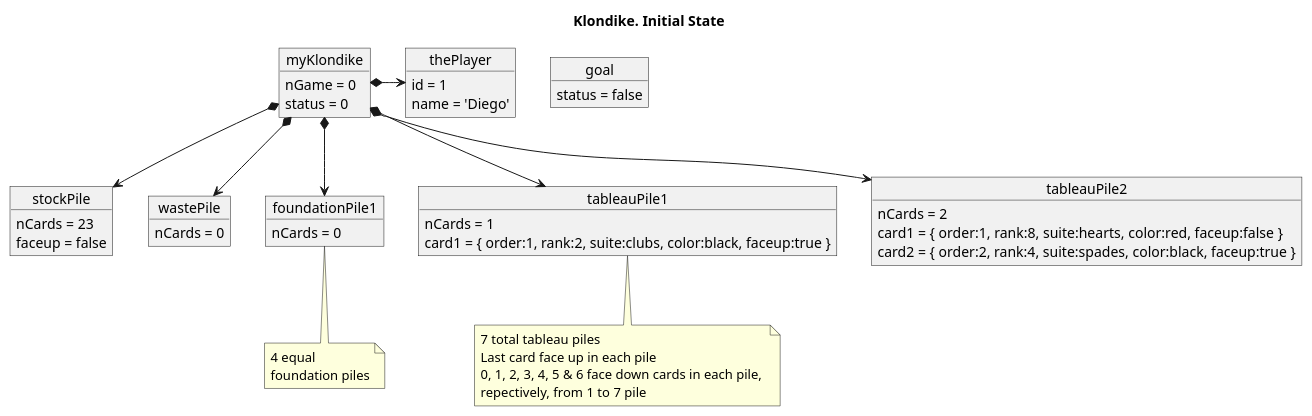
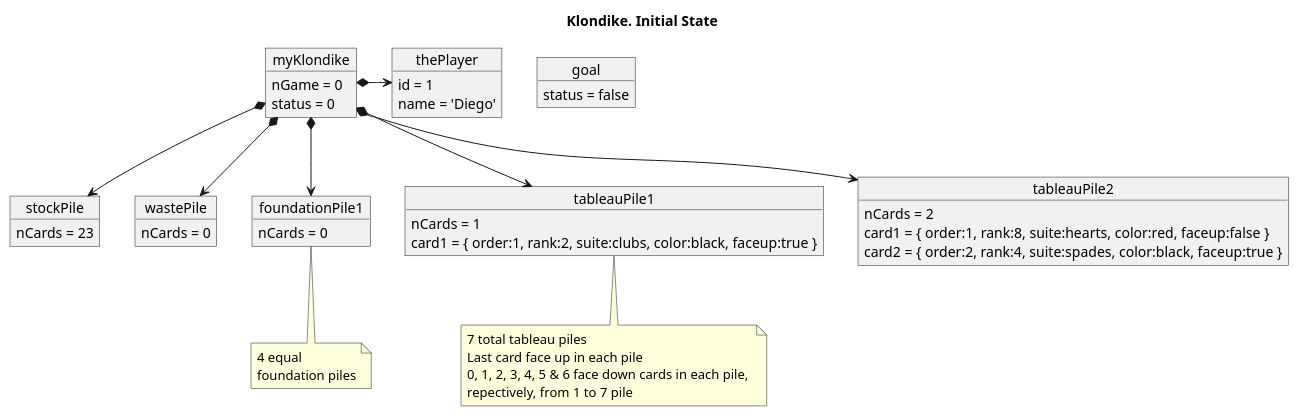
The diagram in tech-plantuml/game-klondike/semanaActual/docs/klondike--initial-state.puml (USantaTecla-ed-mpds/lab-boole), drawn with PlantUML before and after one commit. The commit also changed 1 other file, not shown here.

```diff
--- a/tech-plantuml/game-klondike/semanaActual/docs/klondike--initial-state.puml
+++ b/tech-plantuml/game-klondike/semanaActual/docs/klondike--initial-state.puml
@@ -1,68 +1,67 @@
 @startuml klondike--initial-state
 
 title Klondike. Initial State
 
 object myKlondike {
     nGame = 0
     status = 0
 }
 
 object goal {
     status = false
 }
 
 object thePlayer {
     id = 1
     name = 'Diego'
 }
 
 object stockPile
 object wastePile
 
 object stockPile {
     nCards = 23
-    faceup = false
 }
 object wastePile {
     nCards = 0
 }
 object foundationPile1 {
     nCards = 0
 }
 note bottom of foundationPile1
     4 equal 
     foundation piles
 end note
 
 object tableauPile1
 note bottom of tableauPile1
     7 total tableau piles
     Last card face up in each pile
     0, 1, 2, 3, 4, 5 & 6 face down cards in each pile, 
     repectively, from 1 to 7 pile
 end note
 
 object tableauPile2
 
 object tableauPile1 {
     nCards = 1
     card1 = { order:1, rank:2, suite:clubs, color:black, faceup:true }
 }
 object tableauPile2 {
     nCards = 2
     card1 = { order:1, rank:8, suite:hearts, color:red, faceup:false }
     card2 = { order:2, rank:4, suite:spades, color:black, faceup:true }
 }
 
 
 
 myKlondike *-> thePlayer
 myKlondike *--> stockPile
 myKlondike *--> wastePile
 myKlondike *--> foundationPile1
 myKlondike *--> tableauPile1
 myKlondike *--> tableauPile2
 
 
 
 @enduml
```
